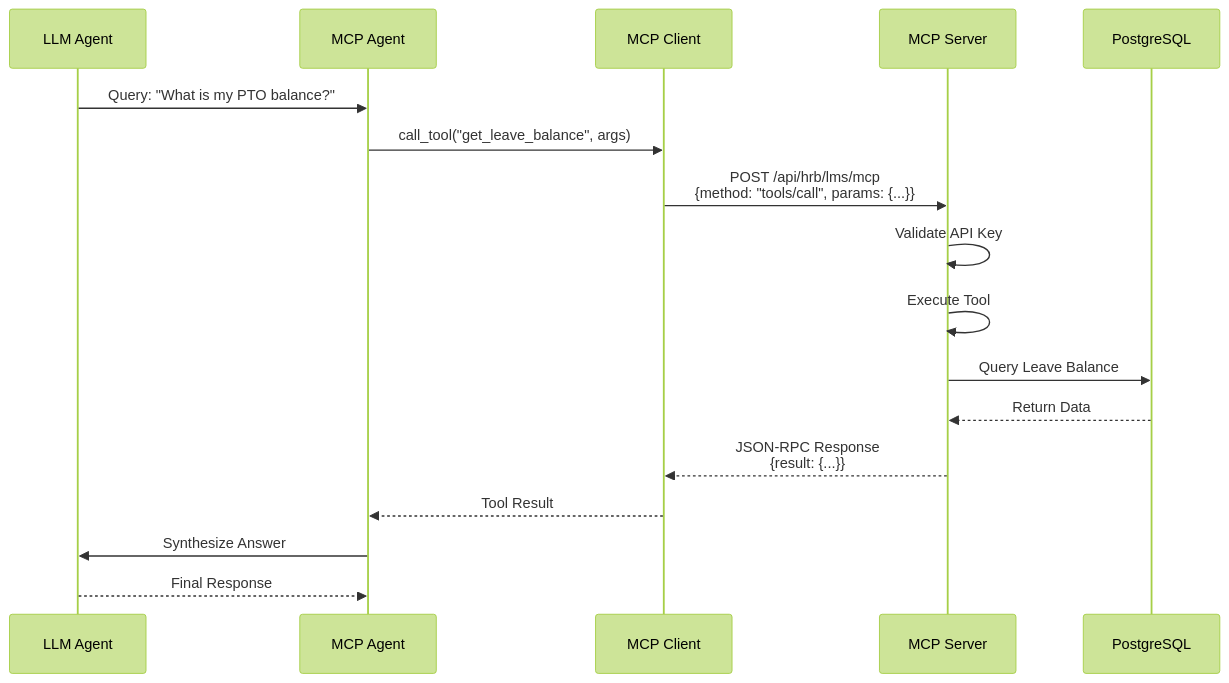
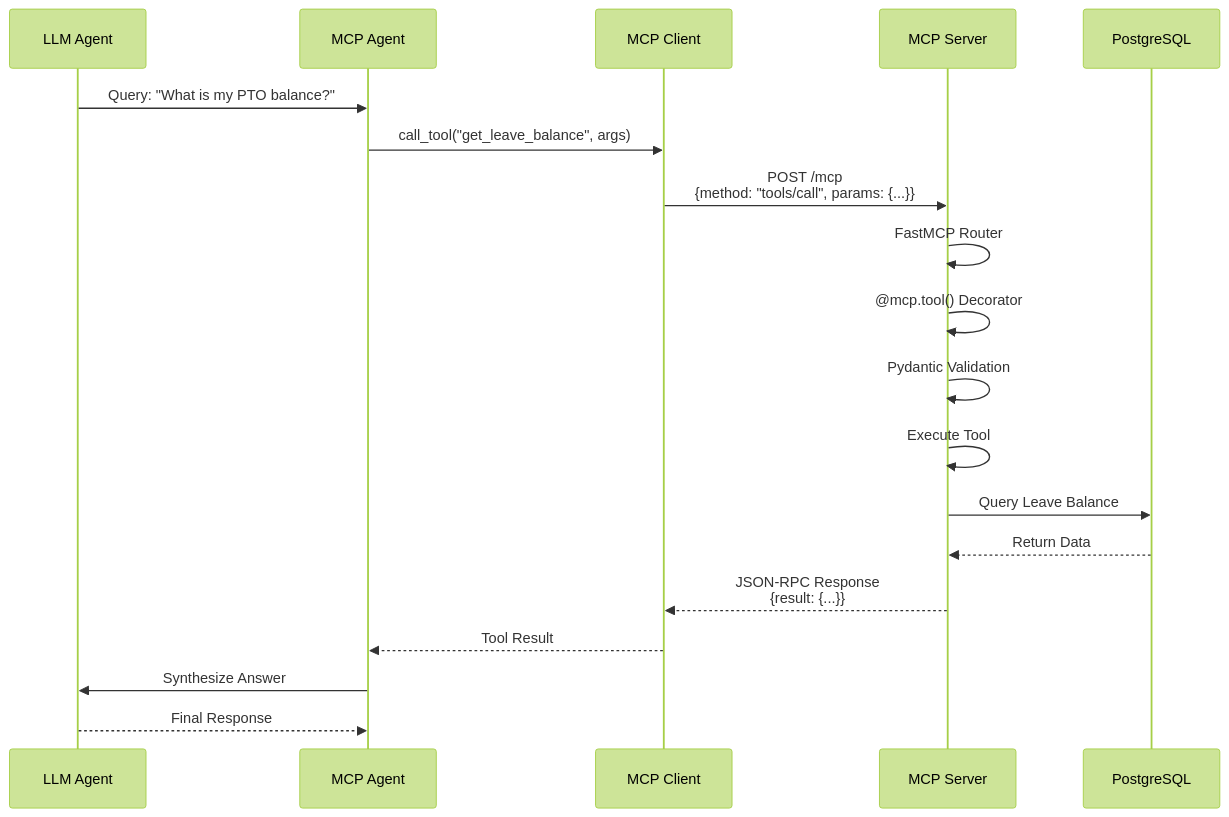
Before and after one commit to rvsree/hrb_lms_mcp: the second of 5 diagrams in resources/readme_docs/readme-lms-mcp-server.md, drawn with Mermaid (forest theme). The commit also changed other lines of this file and 1 other file, not shown here.

First line of the commit message:
Update MCP README files with FastMCP implementation details

````diff
--- a/resources/readme_docs/readme-lms-mcp-server.md
+++ b/resources/readme_docs/readme-lms-mcp-server.md
@@ -78,20 +84,22 @@
 ```mermaid
 sequenceDiagram
     participant LLM as LLM Agent
     participant Agent as MCP Agent
     participant Client as MCP Client
     participant Server as MCP Server
     participant DB as PostgreSQL
     
     LLM->>Agent: Query: "What is my PTO balance?"
     Agent->>Client: call_tool("get_leave_balance", args)
-    Client->>Server: POST /api/hrb/lms/mcp<br/>{method: "tools/call", params: {...}}
-    Server->>Server: Validate API Key
+    Client->>Server: POST /mcp<br/>{method: "tools/call", params: {...}}
+    Server->>Server: FastMCP Router
+    Server->>Server: @mcp.tool() Decorator
+    Server->>Server: Pydantic Validation
     Server->>Server: Execute Tool
     Server->>DB: Query Leave Balance
     DB-->>Server: Return Data
     Server-->>Client: JSON-RPC Response<br/>{result: {...}}
     Client-->>Agent: Tool Result
     Agent->>LLM: Synthesize Answer
     LLM-->>Agent: Final Response
 ```
````
